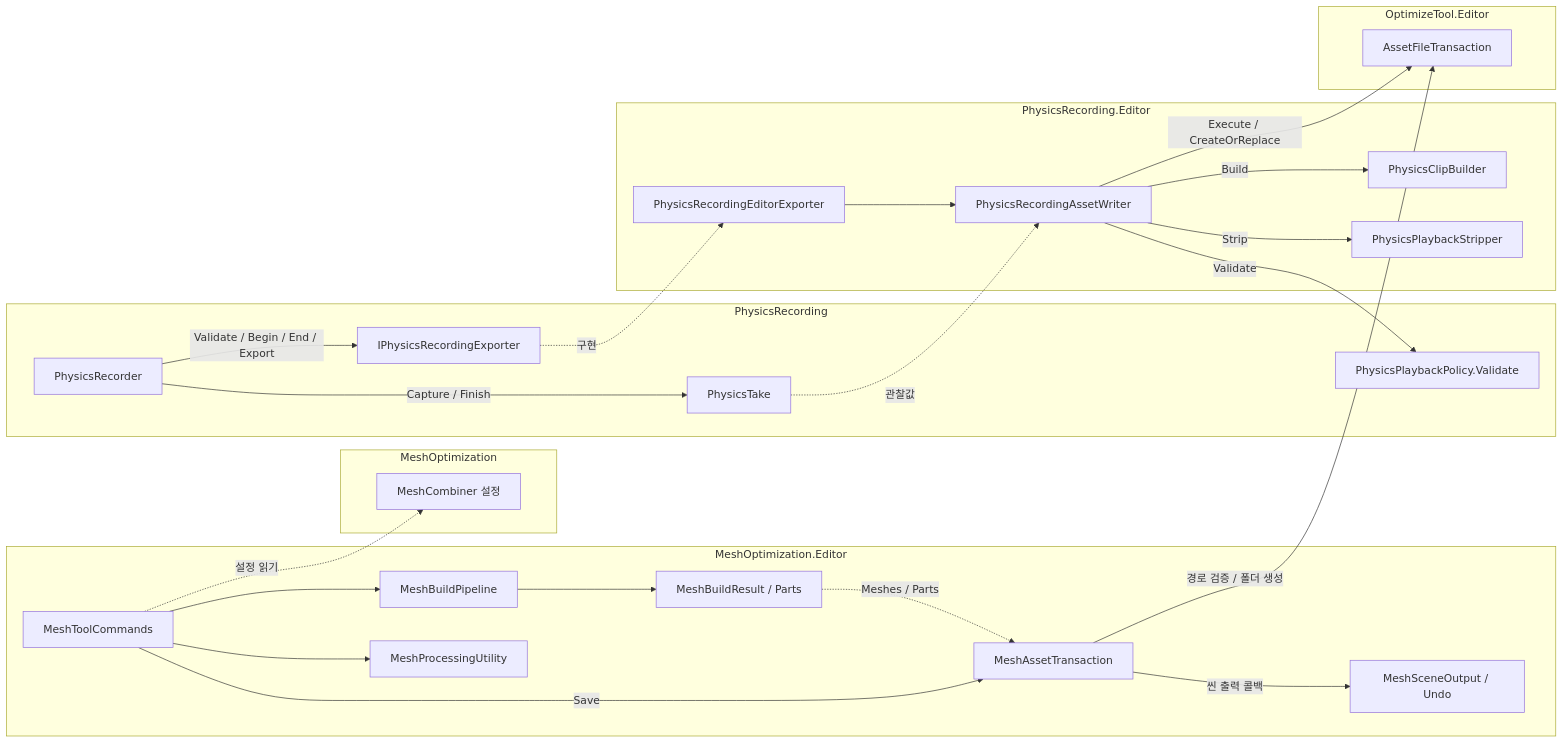
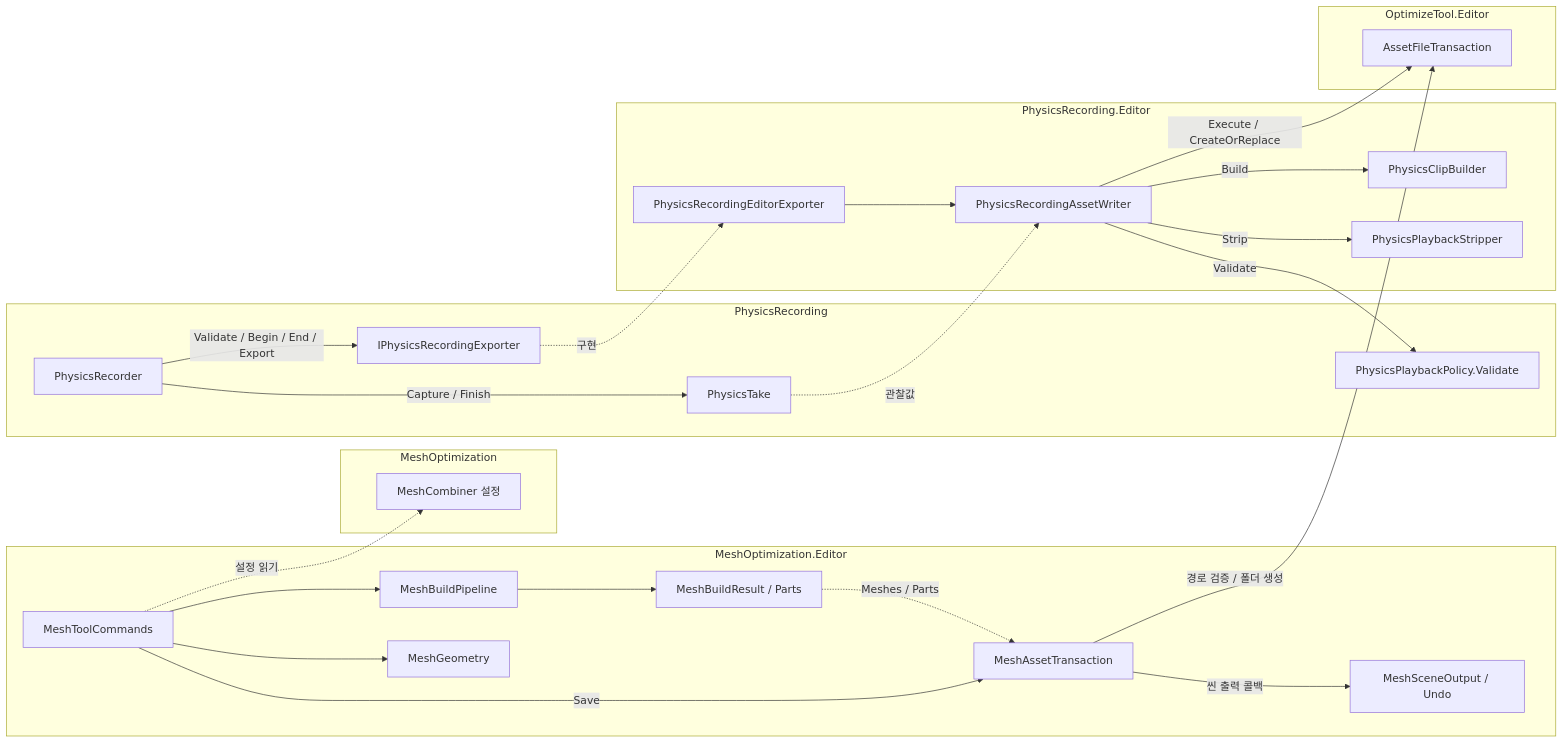
Before and after one commit to youwonsock/tool-unity-editor: the diagram in ToyProject/Assets/_OptimizeTool/Docs/TechnicalNotes.md, drawn with Mermaid. The commit also changed other lines of this file and 5 other files, not shown here.

````diff
--- a/ToyProject/Assets/_OptimizeTool/Docs/TechnicalNotes.md
+++ b/ToyProject/Assets/_OptimizeTool/Docs/TechnicalNotes.md
@@ -43,33 +43,33 @@
 ```mermaid
 flowchart LR
     subgraph Mesh[MeshOptimization]
         Combiner[MeshCombiner 설정]
     end
     subgraph MeshEditor[MeshOptimization.Editor]
         Commands[MeshToolCommands] --> Pipeline[MeshBuildPipeline]
         Pipeline --> Result[MeshBuildResult / Parts]
         Commands -->|Save| MeshSave[MeshAssetTransaction]
         Result -. Meshes / Parts .-> MeshSave
         MeshSave -->|씬 출력 콜백| Scene[MeshSceneOutput / Undo]
-        Commands --> Geometry[MeshProcessingUtility]
+        Commands --> Geometry[MeshGeometry]
     end
     subgraph Physics[PhysicsRecording]
         Recorder[PhysicsRecorder] -->|Capture / Finish| Take[PhysicsTake]
         Recorder -->|Validate / Begin / End / Export| Port[IPhysicsRecordingExporter]
         Policy[PhysicsPlaybackPolicy.Validate]
     end
     subgraph PhysicsEditor[PhysicsRecording.Editor]
         Exporter[PhysicsRecordingEditorExporter] --> Writer[PhysicsRecordingAssetWriter]
         Writer -->|Build| ClipBuilder[PhysicsClipBuilder]
         Writer -->|Strip| Stripper[PhysicsPlaybackStripper]
     end
     subgraph Shared[OptimizeTool.Editor]
         FileTx[AssetFileTransaction]
     end
     Commands -. 설정 읽기 .-> Combiner
     Port -. 구현 .-> Exporter
     Take -. 관찰값 .-> Writer
     Writer -->|Validate| Policy
     Writer -->|Execute / CreateOrReplace| FileTx
     MeshSave -->|경로 검증 / 폴더 생성| FileTx
 ```
````
